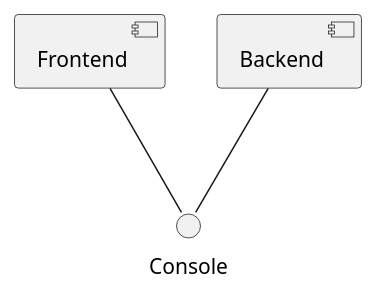
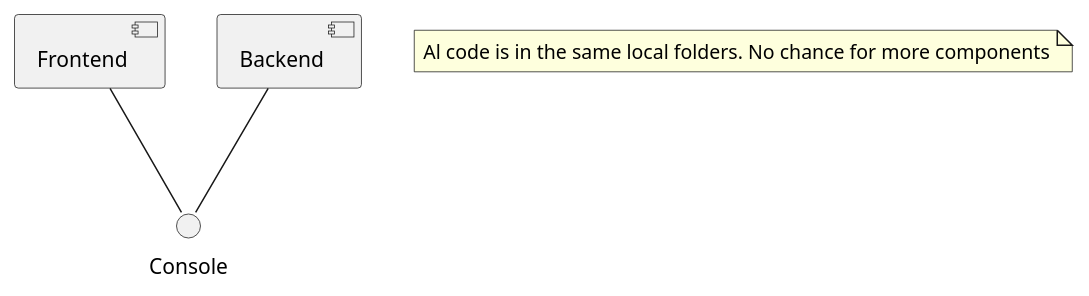
One commit to BernatQI/Master-Programacion-Diseno-Software changed the diagram in Connect4/oop-js-functions/UML/PlantUML/structure-diagrams/components-diagram.plantuml. Above: the diagram before and after it, drawn with PlantUML. The commit also changed 5 other files, not shown here.

Commit message:
State diagram

```diff
--- a/Connect4/oop-js-functions/UML/PlantUML/structure-diagrams/components-diagram.plantuml
+++ b/Connect4/oop-js-functions/UML/PlantUML/structure-diagrams/components-diagram.plantuml
@@ -1,11 +1,13 @@
 @startuml "Component Diagram"
 
 component Frontend
 component Backend
 
 interface Console
 
 Frontend -- Console
 Backend -- Console
 
+note "Al code is in the same local folders. No chance for more components" as N1
+
 @enduml
```
